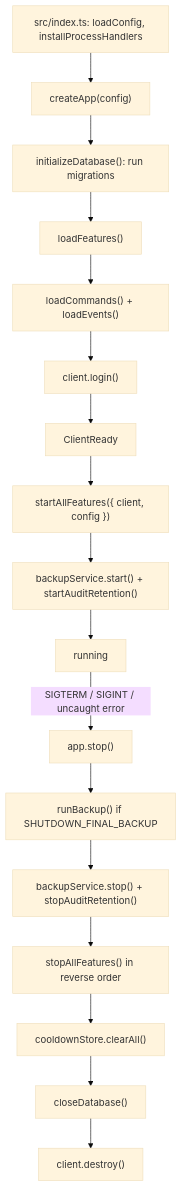
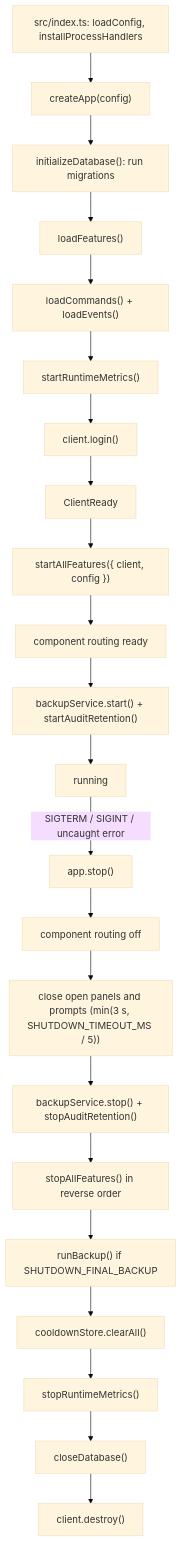
The sixth of 6 diagrams in docs/architecture.md (iam74k4/Bot-Discord), drawn with Mermaid (base theme) before and after one commit. The commit also changed other lines of this file and 239 other files, not shown here.

````diff
--- a/docs/architecture.md
+++ b/docs/architecture.md
@@ -234,19 +288,24 @@
 ```mermaid
 flowchart TD
   main["src/index.ts: loadConfig, installProcessHandlers"] --> createApp["createApp(config)"]
   createApp --> initDb["initializeDatabase(): run migrations"]
   initDb --> loadFeatures["loadFeatures()"]
   loadFeatures --> loadDiscord["loadCommands() + loadEvents()"]
-  loadDiscord --> login["client.login()"]
+  loadDiscord --> metricsStart["startRuntimeMetrics()"]
+  metricsStart --> login["client.login()"]
   login --> ready["ClientReady"]
   ready --> featureStart["startAllFeatures({ client, config })"]
-  featureStart --> backupStart["backupService.start() + startAuditRetention()"]
+  featureStart --> routingReady["component routing ready"]
+  routingReady --> backupStart["backupService.start() + startAuditRetention()"]
   backupStart --> running["running"]
   running -- "SIGTERM / SIGINT / uncaught error" --> shutdown["app.stop()"]
-  shutdown --> finalBackup["runBackup() if SHUTDOWN_FINAL_BACKUP"]
-  finalBackup --> backupStop["backupService.stop() + stopAuditRetention()"]
+  shutdown --> routingOff["component routing off"]
+  routingOff --> liveComponents["close open panels and prompts (min(3 s, SHUTDOWN_TIMEOUT_MS / 5))"]
+  liveComponents --> backupStop["backupService.stop() + stopAuditRetention()"]
   backupStop --> featureStop["stopAllFeatures() in reverse order"]
-  featureStop --> cooldowns["cooldownStore.clearAll()"]
-  cooldowns --> closeDb["closeDatabase()"]
+  featureStop --> finalBackup["runBackup() if SHUTDOWN_FINAL_BACKUP"]
+  finalBackup --> cooldowns["cooldownStore.clearAll()"]
+  cooldowns --> metricsStop["stopRuntimeMetrics()"]
+  metricsStop --> closeDb["closeDatabase()"]
   closeDb --> destroyClient["client.destroy()"]
 ```
````
